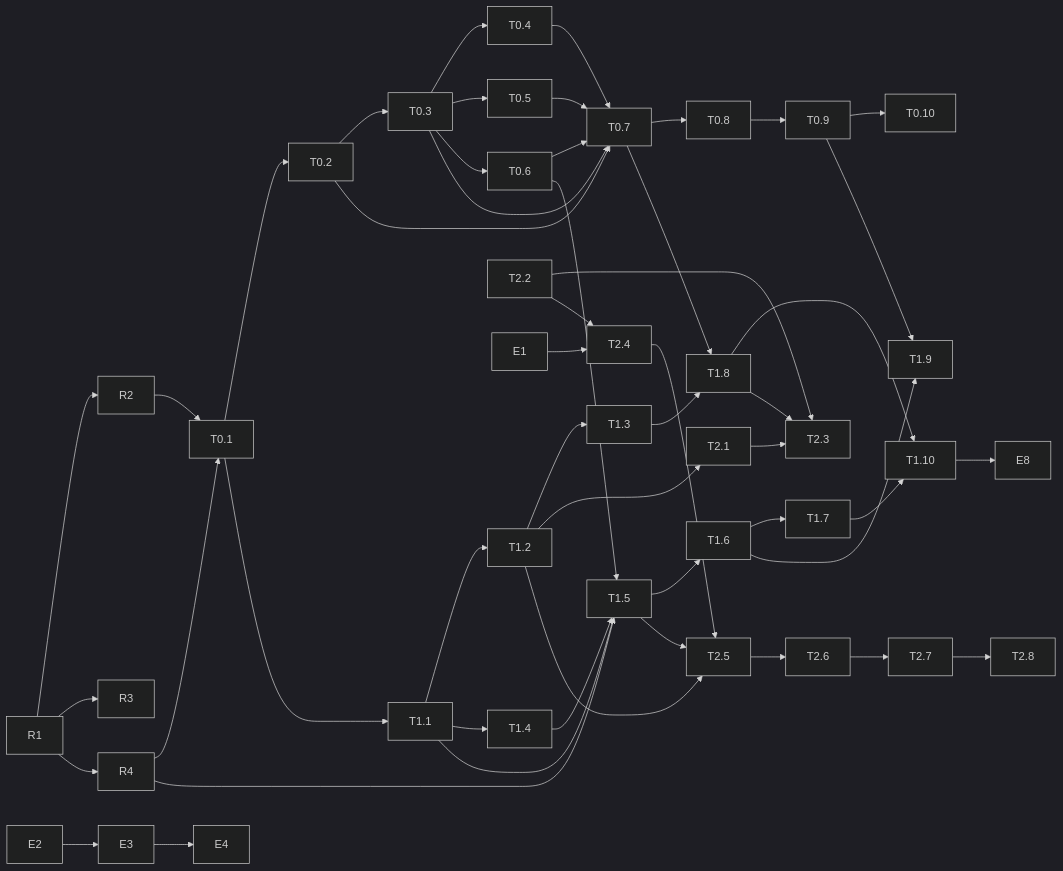
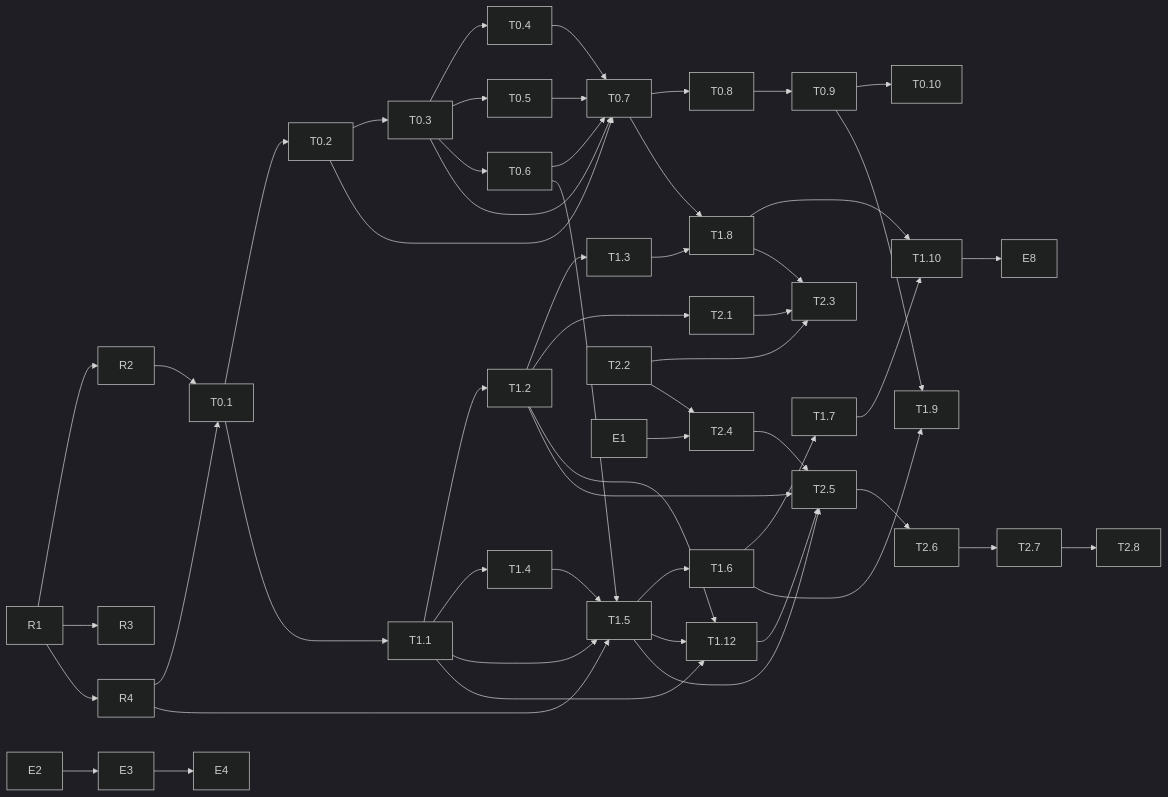
The diagram in docs/development-tasks.md (btnalit/NextTime-AI), drawn with Mermaid (dark theme) before and after one commit. The commit also changed other lines of this file and 4 other files, not shown here.

````diff
--- a/docs/development-tasks.md
+++ b/docs/development-tasks.md
@@ -412,22 +428,23 @@
 ```mermaid
 flowchart LR
   R1 --> R2 --> T0.1
   R1 --> R3
   R1 --> R4 --> T0.1
   E2 --> E3 --> E4
   T0.1 --> T0.2 --> T0.3 --> T0.4
   T0.3 --> T0.5
   T0.3 --> T0.6
   T0.2 & T0.3 & T0.4 & T0.5 & T0.6 --> T0.7 --> T0.8 --> T0.9 --> T0.10
   T0.1 --> T1.1 --> T1.2 --> T1.3
   T1.1 --> T1.4
   R4 & T1.1 & T1.4 & T0.6 --> T1.5 --> T1.6 --> T1.7
   T1.3 & T0.7 --> T1.8
   T1.6 & T0.9 --> T1.9
   T1.7 & T1.8 --> T1.10 --> E8
   T1.2 --> T2.1
   T2.2 --> T2.3
   T1.8 & T2.1 --> T2.3
   T2.2 & E1 --> T2.4
-  T1.2 & T1.5 & T2.4 --> T2.5 --> T2.6 --> T2.7 --> T2.8
+  T1.1 & T1.2 & T1.5 --> T1.12
+  T1.2 & T1.5 & T1.12 & T2.4 --> T2.5 --> T2.6 --> T2.7 --> T2.8
 ```
````
